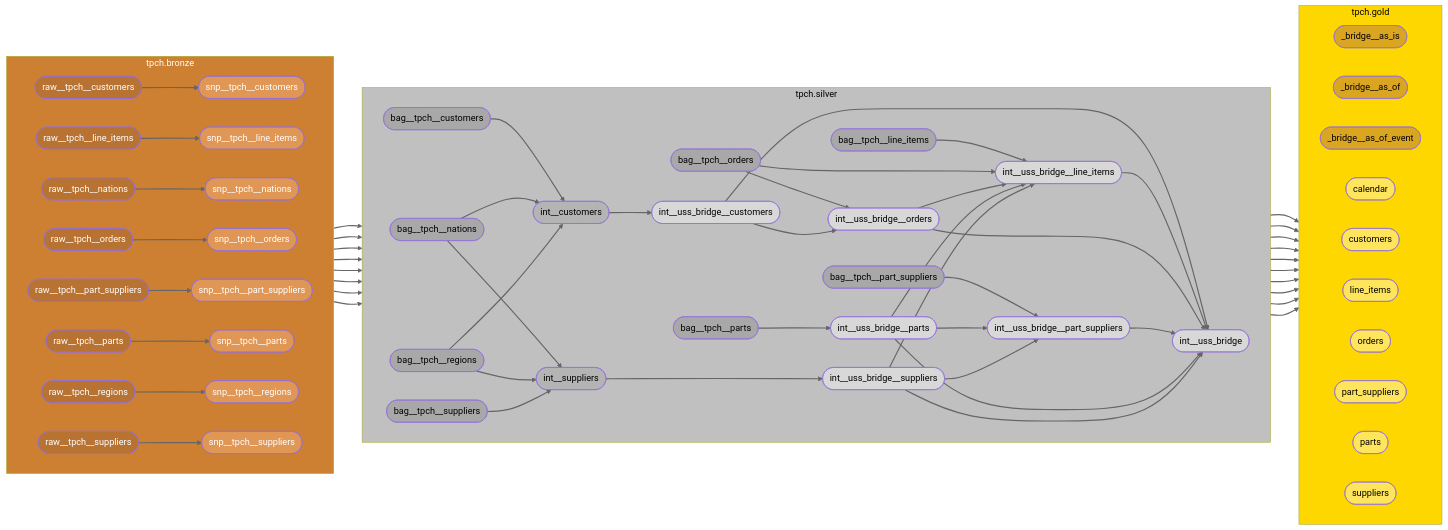
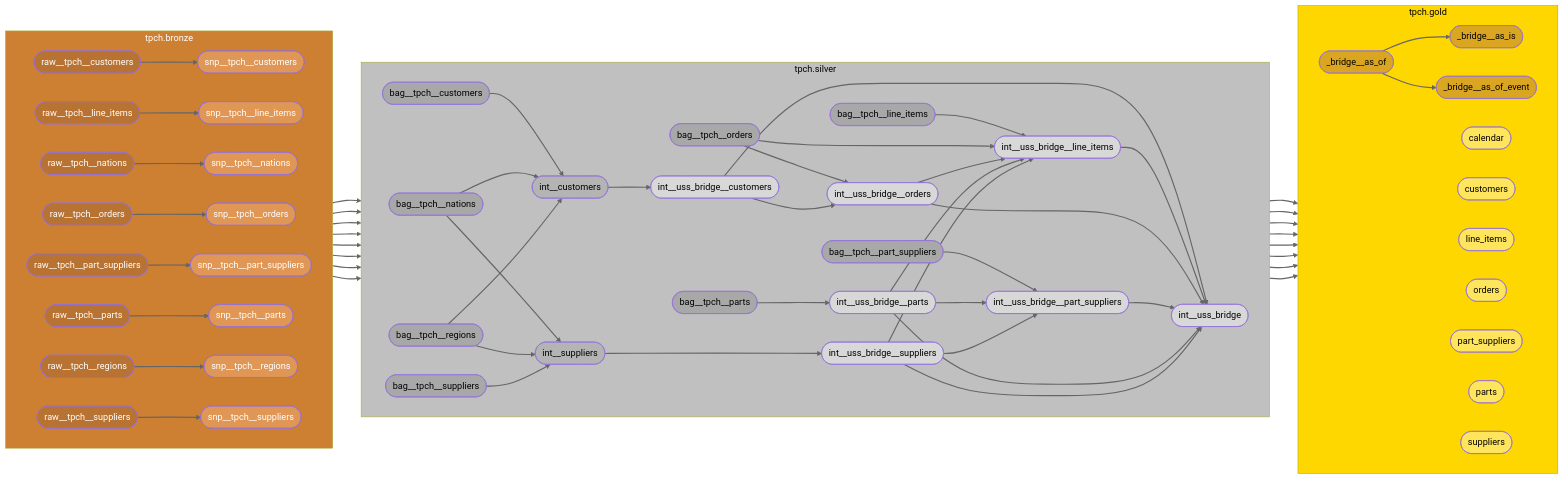
One commit to mattiasthalen/tpch changed the diagram in dag.mmd. Above: the diagram before and after it, drawn with Mermaid. The commit also changed 3 other files, not shown here.

```diff
--- a/dag.mmd
+++ b/dag.mmd
@@ -1,191 +1,193 @@
 flowchart LR
     subgraph tpch.bronze["tpch.bronze"]
         direction LR
         raw__tpch__customers(["raw__tpch__customers"])
         raw__tpch__line_items(["raw__tpch__line_items"])
         raw__tpch__nations(["raw__tpch__nations"])
         raw__tpch__orders(["raw__tpch__orders"])
         raw__tpch__part_suppliers(["raw__tpch__part_suppliers"])
         raw__tpch__parts(["raw__tpch__parts"])
         raw__tpch__regions(["raw__tpch__regions"])
         raw__tpch__suppliers(["raw__tpch__suppliers"])
         snp__tpch__customers(["snp__tpch__customers"])
         snp__tpch__line_items(["snp__tpch__line_items"])
         snp__tpch__nations(["snp__tpch__nations"])
         snp__tpch__orders(["snp__tpch__orders"])
         snp__tpch__part_suppliers(["snp__tpch__part_suppliers"])
         snp__tpch__parts(["snp__tpch__parts"])
         snp__tpch__regions(["snp__tpch__regions"])
         snp__tpch__suppliers(["snp__tpch__suppliers"])
     end
 
     subgraph tpch.silver["tpch.silver"]
         direction LR
         bag__tpch__customers(["bag__tpch__customers"])
         bag__tpch__line_items(["bag__tpch__line_items"])
         bag__tpch__nations(["bag__tpch__nations"])
         bag__tpch__orders(["bag__tpch__orders"])
         bag__tpch__part_suppliers(["bag__tpch__part_suppliers"])
         bag__tpch__parts(["bag__tpch__parts"])
         bag__tpch__regions(["bag__tpch__regions"])
         bag__tpch__suppliers(["bag__tpch__suppliers"])
         int__customers(["int__customers"])
         int__suppliers(["int__suppliers"])
         int__uss_bridge(["int__uss_bridge"])
         int__uss_bridge__customers(["int__uss_bridge__customers"])
         int__uss_bridge__line_items(["int__uss_bridge__line_items"])
         int__uss_bridge__orders(["int__uss_bridge__orders"])
         int__uss_bridge__part_suppliers(["int__uss_bridge__part_suppliers"])
         int__uss_bridge__parts(["int__uss_bridge__parts"])
         int__uss_bridge__suppliers(["int__uss_bridge__suppliers"])
     end
 
     subgraph tpch.gold["tpch.gold"]
         direction LR
         _bridge__as_is(["_bridge__as_is"])
         _bridge__as_of(["_bridge__as_of"])
         _bridge__as_of_event(["_bridge__as_of_event"])
         calendar(["calendar"])
         customers(["customers"])
         line_items(["line_items"])
         orders(["orders"])
         part_suppliers(["part_suppliers"])
         parts(["parts"])
         suppliers(["suppliers"])
     end
 
     %% tpch.bronze -> tpch.bronze
     raw__tpch__customers --> snp__tpch__customers
     raw__tpch__line_items --> snp__tpch__line_items
     raw__tpch__nations --> snp__tpch__nations
     raw__tpch__orders --> snp__tpch__orders
     raw__tpch__part_suppliers --> snp__tpch__part_suppliers
     raw__tpch__parts --> snp__tpch__parts
     raw__tpch__regions --> snp__tpch__regions
     raw__tpch__suppliers --> snp__tpch__suppliers
 
     %% tpch.bronze -> tpch.silver
     snp__tpch__customers --> bag__tpch__customers
     snp__tpch__line_items --> bag__tpch__line_items
     snp__tpch__nations --> bag__tpch__nations
     snp__tpch__orders --> bag__tpch__orders
     snp__tpch__part_suppliers --> bag__tpch__part_suppliers
     snp__tpch__parts --> bag__tpch__parts
     snp__tpch__regions --> bag__tpch__regions
     snp__tpch__suppliers --> bag__tpch__suppliers
 
     %% tpch.silver -> tpch.silver
     bag__tpch__customers --> int__customers
     bag__tpch__line_items --> int__uss_bridge__line_items
     bag__tpch__nations --> int__customers
     bag__tpch__nations --> int__suppliers
     bag__tpch__orders --> int__uss_bridge__line_items
     bag__tpch__orders --> int__uss_bridge__orders
     bag__tpch__part_suppliers --> int__uss_bridge__part_suppliers
     bag__tpch__parts --> int__uss_bridge__parts
     bag__tpch__regions --> int__customers
     bag__tpch__regions --> int__suppliers
     bag__tpch__suppliers --> int__suppliers
     int__customers --> int__uss_bridge__customers
     int__suppliers --> int__uss_bridge__suppliers
     int__uss_bridge__customers --> int__uss_bridge
     int__uss_bridge__customers --> int__uss_bridge__orders
     int__uss_bridge__line_items --> int__uss_bridge
     int__uss_bridge__orders --> int__uss_bridge
     int__uss_bridge__orders --> int__uss_bridge__line_items
     int__uss_bridge__part_suppliers --> int__uss_bridge
     int__uss_bridge__parts --> int__uss_bridge
     int__uss_bridge__parts --> int__uss_bridge__line_items
     int__uss_bridge__parts --> int__uss_bridge__part_suppliers
     int__uss_bridge__suppliers --> int__uss_bridge
     int__uss_bridge__suppliers --> int__uss_bridge__line_items
     int__uss_bridge__suppliers --> int__uss_bridge__part_suppliers
 
     %% tpch.silver -> tpch.gold
     bag__tpch__line_items --> line_items
     bag__tpch__orders --> orders
     bag__tpch__part_suppliers --> part_suppliers
     bag__tpch__parts --> parts
     int__customers --> customers
     int__suppliers --> suppliers
-    int__uss_bridge --> _bridge__as_is
     int__uss_bridge --> _bridge__as_of
-    int__uss_bridge --> _bridge__as_of_event
     int__uss_bridge --> calendar
+
+    %% tpch.gold -> tpch.gold
+    _bridge__as_of --> _bridge__as_is
+    _bridge__as_of --> _bridge__as_of_event
     
     linkStyle default stroke:#666,stroke-width:2px
 
     %% Bronze shades
     classDef bronze_classic fill:#CD7F32,color:white
     classDef bronze_dark fill:#B87333,color:white
     classDef bronze_light fill:#E09756,color:white
     classDef bronze_antique fill:#966B47,color:white
     
     %% Silver shades
     classDef silver_classic fill:#C0C0C0,color:black
     classDef silver_dark fill:#A8A8A8,color:black
     classDef silver_light fill:#D8D8D8,color:black
     classDef silver_antique fill:#B4B4B4,color:black
     
     %% Gold shades
     classDef gold_classic fill:#FFD700,color:black
     classDef gold_dark fill:#DAA520,color:black
     classDef gold_light fill:#FFE55C,color:black
     classDef gold_antique fill:#CFB53B,color:black
 
     class tpch.bronze bronze_classic
     class raw__tpch__customers bronze_dark
     class raw__tpch__line_items bronze_dark
     class raw__tpch__nations bronze_dark
     class raw__tpch__orders bronze_dark
     class raw__tpch__part_suppliers bronze_dark
     class raw__tpch__parts bronze_dark
     class raw__tpch__regions bronze_dark
     class raw__tpch__suppliers bronze_dark
     
     class snp__tpch__customers bronze_light
     class snp__tpch__line_items bronze_light
     class snp__tpch__nations bronze_light
     class snp__tpch__orders bronze_light
     class snp__tpch__part_suppliers bronze_light
     class snp__tpch__parts bronze_light
     class snp__tpch__regions bronze_light
     class snp__tpch__suppliers bronze_light
     
     class tpch.silver silver_classic
     class bag__tpch__customers silver_dark
     class bag__tpch__line_items silver_dark
     class bag__tpch__nations silver_dark
     class bag__tpch__orders silver_dark
     class bag__tpch__part_suppliers silver_dark
     class bag__tpch__parts silver_dark
     class bag__tpch__regions silver_dark
     class bag__tpch__suppliers silver_dark
     
     class int__customers silver_antique
     class int__suppliers silver_antique
 
     class int__uss_bridge silver_light
     class int__uss_bridge__customers silver_light
     class int__uss_bridge__line_items silver_light
     class int__uss_bridge__nations silver_light
     class int__uss_bridge__orders silver_light
     class int__uss_bridge__part_suppliers silver_light
     class int__uss_bridge__parts silver_light
     class int__uss_bridge__regions silver_light
     class int__uss_bridge__suppliers silver_light
     
     class tpch.gold gold_classic
     class _bridge__as_is gold_dark
     class _bridge__as_of gold_dark
     class _bridge__as_of_event gold_dark
     
     class calendar gold_light
     class customers gold_light
     class line_items gold_light
     class nations gold_light
     class orders gold_light
     class part_suppliers gold_light
     class parts gold_light
     class regions gold_light
     class suppliers gold_light
```
